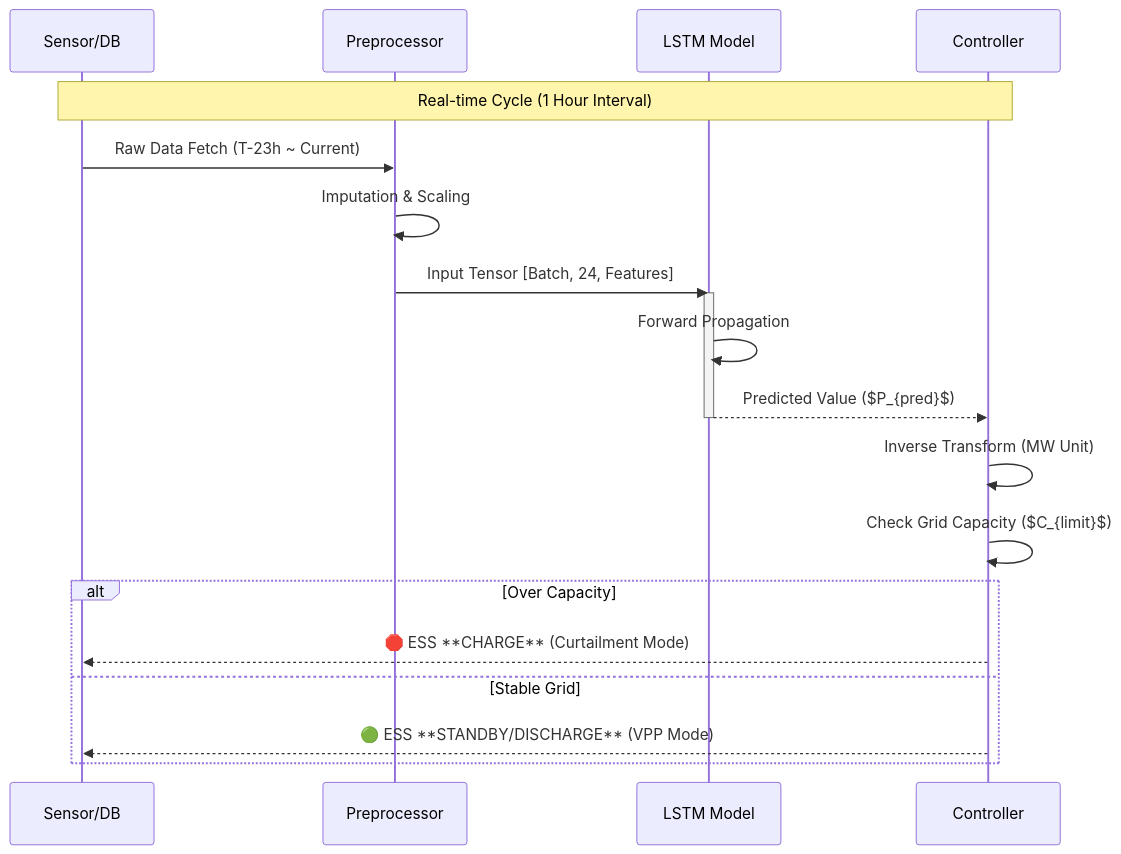
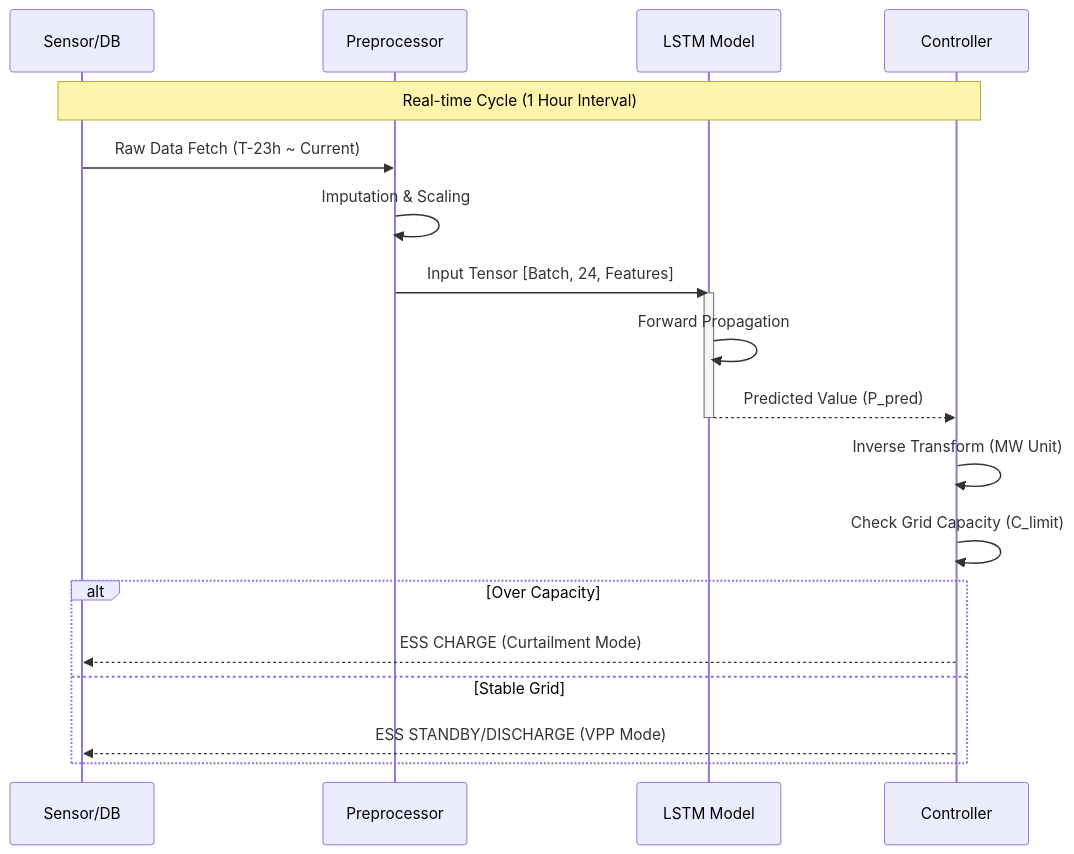
One commit to yousoo0920/ess-vpp-project changed the second of 3 diagrams in README.md. Above: the diagram before and after it, drawn with Mermaid. The commit also changed other lines of this file, not shown here.

````diff
--- a/README.md
+++ b/README.md
@@ -82,27 +84,27 @@
 ```mermaid
 sequenceDiagram
     participant S as Sensor/DB
     participant P as Preprocessor
     participant M as LSTM Model
     participant C as Controller
 
     Note over S, C: Real-time Cycle (1 Hour Interval)
     
     S->>P: Raw Data Fetch (T-23h ~ Current)
     P->>P: Imputation & Scaling
     P->>M: Input Tensor [Batch, 24, Features]
     
     activate M
     M->>M: Forward Propagation
-    M-->>C: Predicted Value ($P_{pred}$)
+    M-->>C: Predicted Value (P_pred)
     deactivate M
     
     C->>C: Inverse Transform (MW Unit)
-    C->>C: Check Grid Capacity ($C_{limit}$)
+    C->>C: Check Grid Capacity (C_limit)
     
     alt Over Capacity
-        C-->>S: 🛑 ESS **CHARGE** (Curtailment Mode)
+        C-->>S: ESS CHARGE (Curtailment Mode)
     else Stable Grid
-        C-->>S: 🟢 ESS **STANDBY/DISCHARGE** (VPP Mode)
+        C-->>S: ESS STANDBY/DISCHARGE (VPP Mode)
     end
 ```
````
